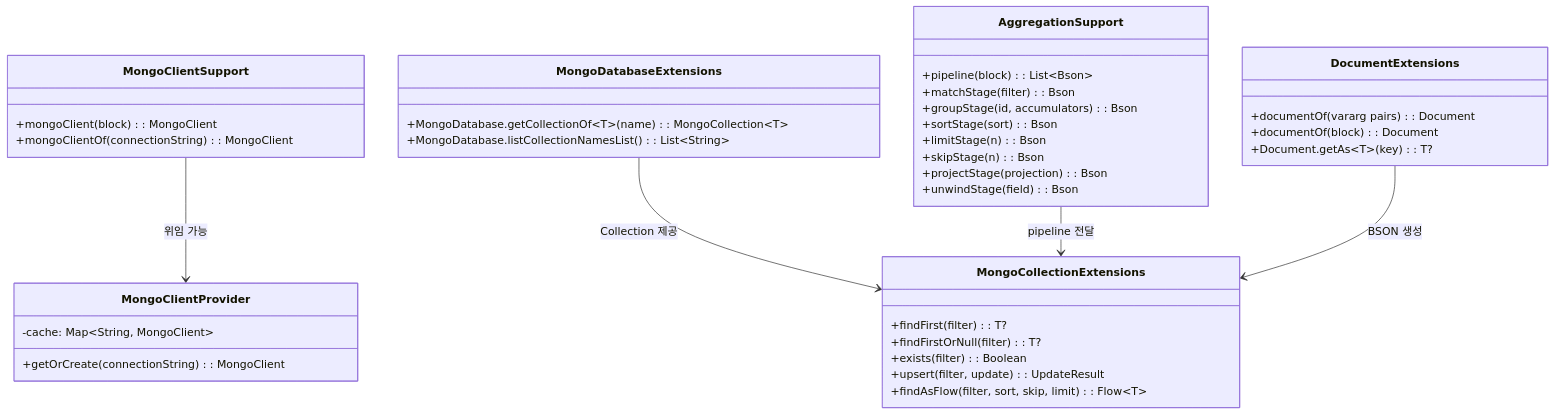
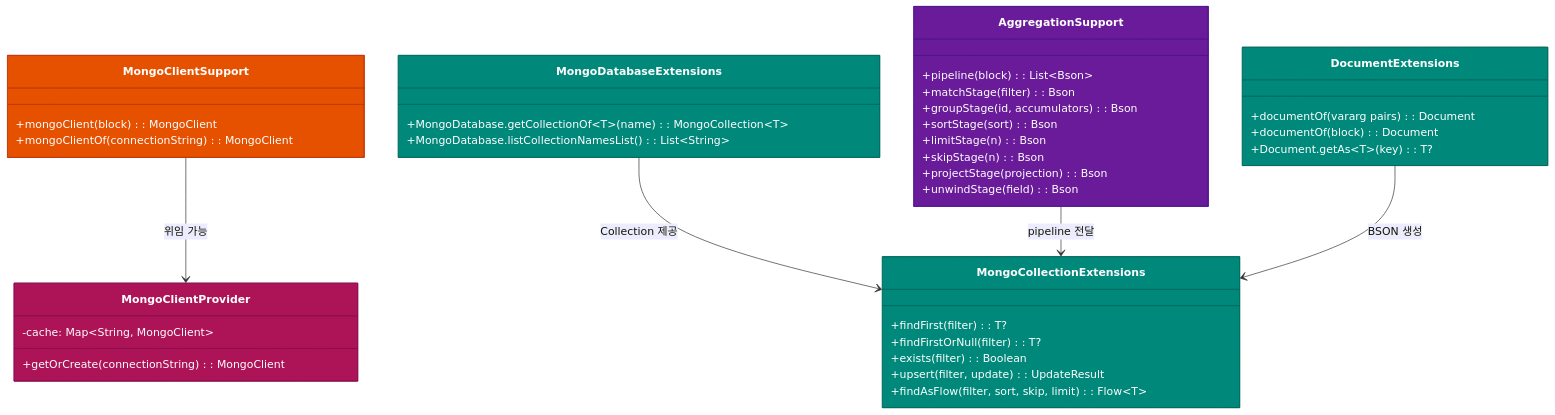
One commit to bluetape4k/bluetape4k-projects changed the second of 3 diagrams in data/mongodb/README.ko.md. Above: the diagram before and after it, drawn with Mermaid. The commit also changed other lines of this file and 221 other files, not shown here.

First line of the commit message:
docs: 전체 모듈 README UML 다이어그램 보강 및 색상 업그레이드

````diff
--- a/data/mongodb/README.ko.md
+++ b/data/mongodb/README.ko.md
@@ -204,42 +207,49 @@
 ```mermaid
 classDiagram
     class MongoClientSupport {
         +mongoClient(block): MongoClient
         +mongoClientOf(connectionString): MongoClient
     }
     class MongoClientProvider {
         -cache: Map~String, MongoClient~
         +getOrCreate(connectionString): MongoClient
     }
     class MongoDatabaseExtensions {
         +MongoDatabase.getCollectionOf~T~(name): MongoCollection~T~
         +MongoDatabase.listCollectionNamesList(): List~String~
     }
     class MongoCollectionExtensions {
         +findFirst(filter): T?
         +findFirstOrNull(filter): T?
         +exists(filter): Boolean
         +upsert(filter, update): UpdateResult
         +findAsFlow(filter, sort, skip, limit): Flow~T~
     }
     class DocumentExtensions {
         +documentOf(vararg pairs): Document
         +documentOf(block): Document
         +Document.getAs~T~(key): T?
     }
     class AggregationSupport {
         +pipeline(block): List~Bson~
         +matchStage(filter): Bson
         +groupStage(id, accumulators): Bson
         +sortStage(sort): Bson
         +limitStage(n): Bson
         +skipStage(n): Bson
         +projectStage(projection): Bson
         +unwindStage(field): Bson
     }
 
     MongoClientSupport --> MongoClientProvider : 위임 가능
     MongoDatabaseExtensions --> MongoCollectionExtensions : Collection 제공
     AggregationSupport --> MongoCollectionExtensions : pipeline 전달
     DocumentExtensions --> MongoCollectionExtensions : BSON 생성
+
+    style MongoClientSupport fill:#E65100,stroke:#BF360C,color:#FFFFFF
+    style MongoClientProvider fill:#AD1457,stroke:#880E4F,color:#FFFFFF
+    style MongoDatabaseExtensions fill:#00897B,stroke:#00695C,color:#FFFFFF
+    style MongoCollectionExtensions fill:#00897B,stroke:#00695C,color:#FFFFFF
+    style DocumentExtensions fill:#00897B,stroke:#00695C,color:#FFFFFF
+    style AggregationSupport fill:#6A1B9A,stroke:#4A148C,color:#FFFFFF
 ```
````
